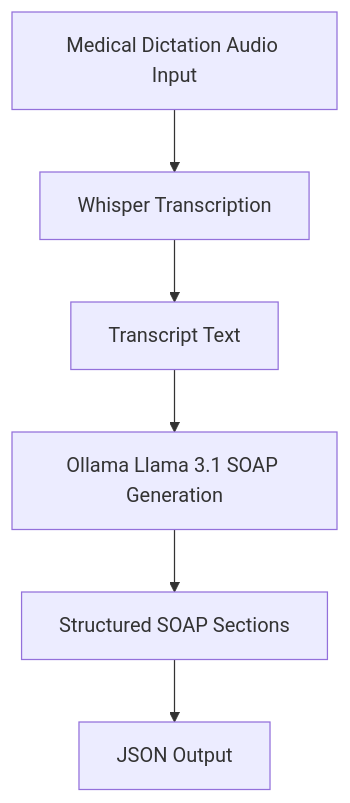
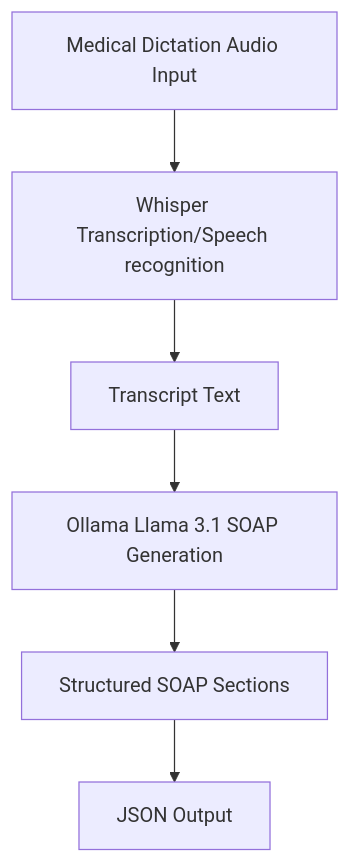
One commit to amankiit/SOAP-Note-Transcription changed the diagram in README.md. Above: the diagram before and after it, drawn with Mermaid.

Commit message:
Update process flow description in README

````diff
--- a/README.md
+++ b/README.md
@@ -70,8 +70,8 @@
 ```mermaid
 flowchart TD
-    A[Medical Dictation Audio Input] --> B[Whisper Transcription]
+    A[Medical Dictation Audio Input] --> B[Whisper Transcription/Speech recognition]
     B --> C[Transcript Text]
     C --> D[Ollama Llama 3.1 SOAP Generation]
     D --> E[Structured SOAP Sections]
     E --> F[JSON Output]
 ```
````
